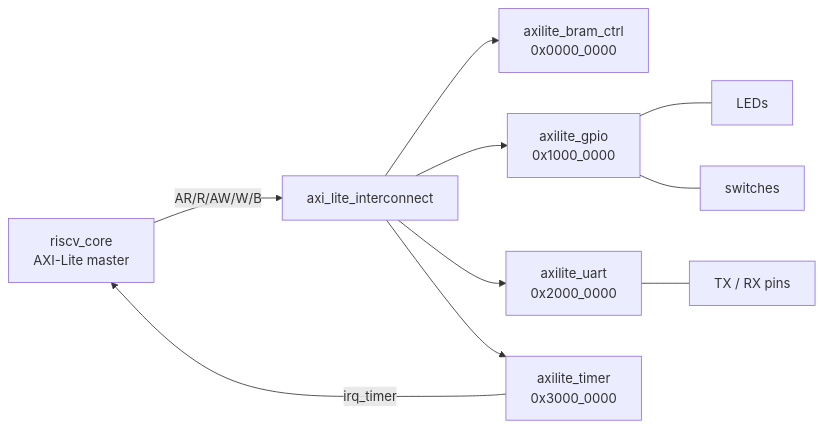
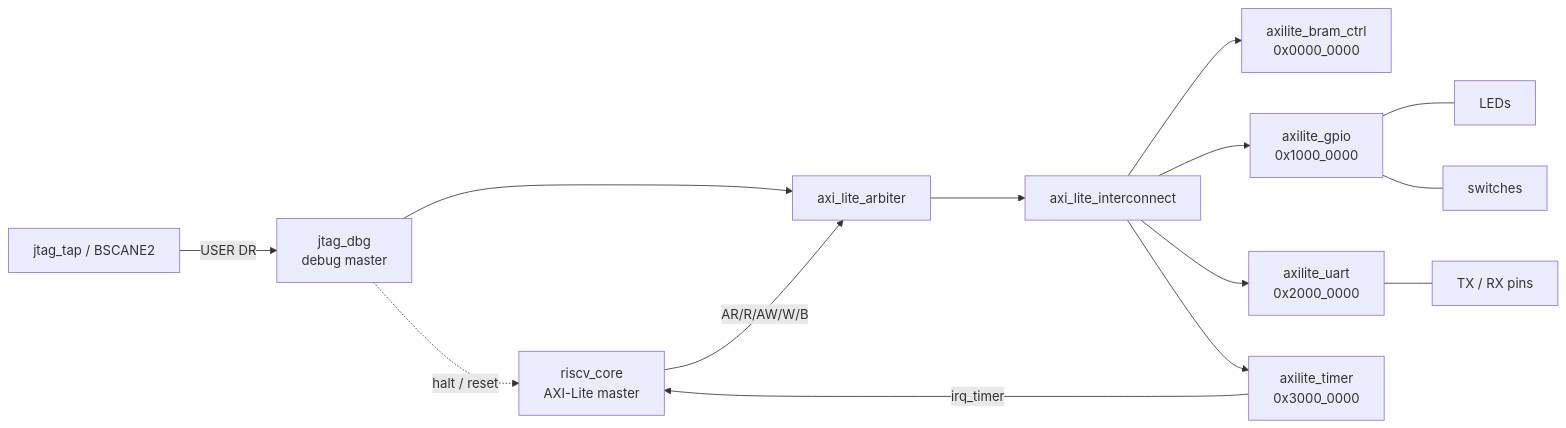
Before and after one commit to Krishna-Gorai/small-soc-riscv: the first of 2 diagrams in docs/architecture.md, drawn with Mermaid. The commit also changed other lines of this file and 13 other files, not shown here.

First line of the commit message:
JTAG debug port: halt/resume/reset, peek/poke, program load over JTAG

````diff
--- a/docs/architecture.md
+++ b/docs/architecture.md
@@ -11,11 +12,15 @@
 ```mermaid
 flowchart LR
-    core[riscv_core<br/>AXI-Lite master] -->|AR/R/AW/W/B| xbar[axi_lite_interconnect]
+    core[riscv_core<br/>AXI-Lite master] -->|AR/R/AW/W/B| arb[axi_lite_arbiter]
+    dbg[jtag_dbg<br/>debug master] --> arb
+    tap[jtag_tap / BSCANE2] -->|USER DR| dbg
+    dbg -.->|halt / reset| core
+    arb --> xbar[axi_lite_interconnect]
     xbar --> bram[axilite_bram_ctrl<br/>0x0000_0000]
     xbar --> gpio[axilite_gpio<br/>0x1000_0000]
     xbar --> uart[axilite_uart<br/>0x2000_0000]
     xbar --> timer[axilite_timer<br/>0x3000_0000]
     timer -->|irq_timer| core
     gpio --- led[LEDs] & sw[switches]
     uart --- pins[TX / RX pins]
 ```
````
